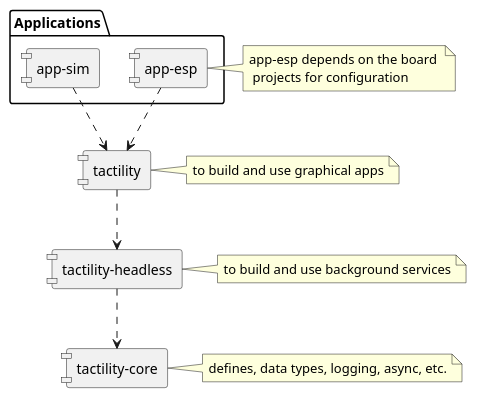
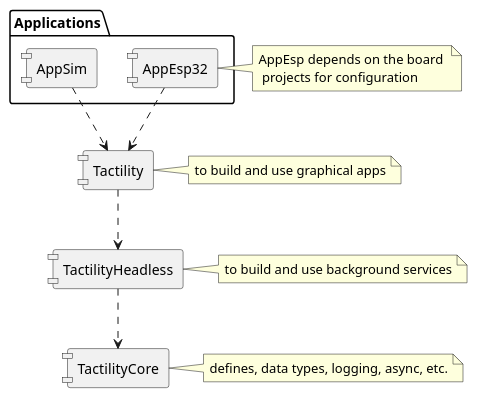
One commit to ByteWelder/Tactility changed the diagram in docs/project-structure.puml. Above: the diagram before and after it, drawn with PlantUML. The commit also changed 215 other files, not shown here.

```diff
--- a/docs/project-structure.puml
+++ b/docs/project-structure.puml
@@ -1,23 +1,23 @@
 @startuml
 skinparam componentStyle uml1
 
-[tactility] as t
+[Tactility] as t
 note right of t : to build and use graphical apps
-[tactility-headless] as theadless
+[TactilityHeadless] as theadless
 note right of theadless : to build and use background services
-[tactility-core] as tcore
+[TactilityCore] as tcore
 note right of tcore : defines, data types, logging, async, etc.
 
 package "Applications" {
-  [app-sim] as appsim
-  [app-esp] as appesp
+  [AppSim] as appsim
+  [AppEsp32] as appesp
 }
 
-note right of appesp : app-esp depends on the board \n projects for configuration
+note right of appesp : AppEsp depends on the board \n projects for configuration
 
 [t] ..> [theadless]
 [theadless] ..> [tcore]
 [appsim] ..> [t]
 [appesp] ..> [t]
 
 @enduml
```
